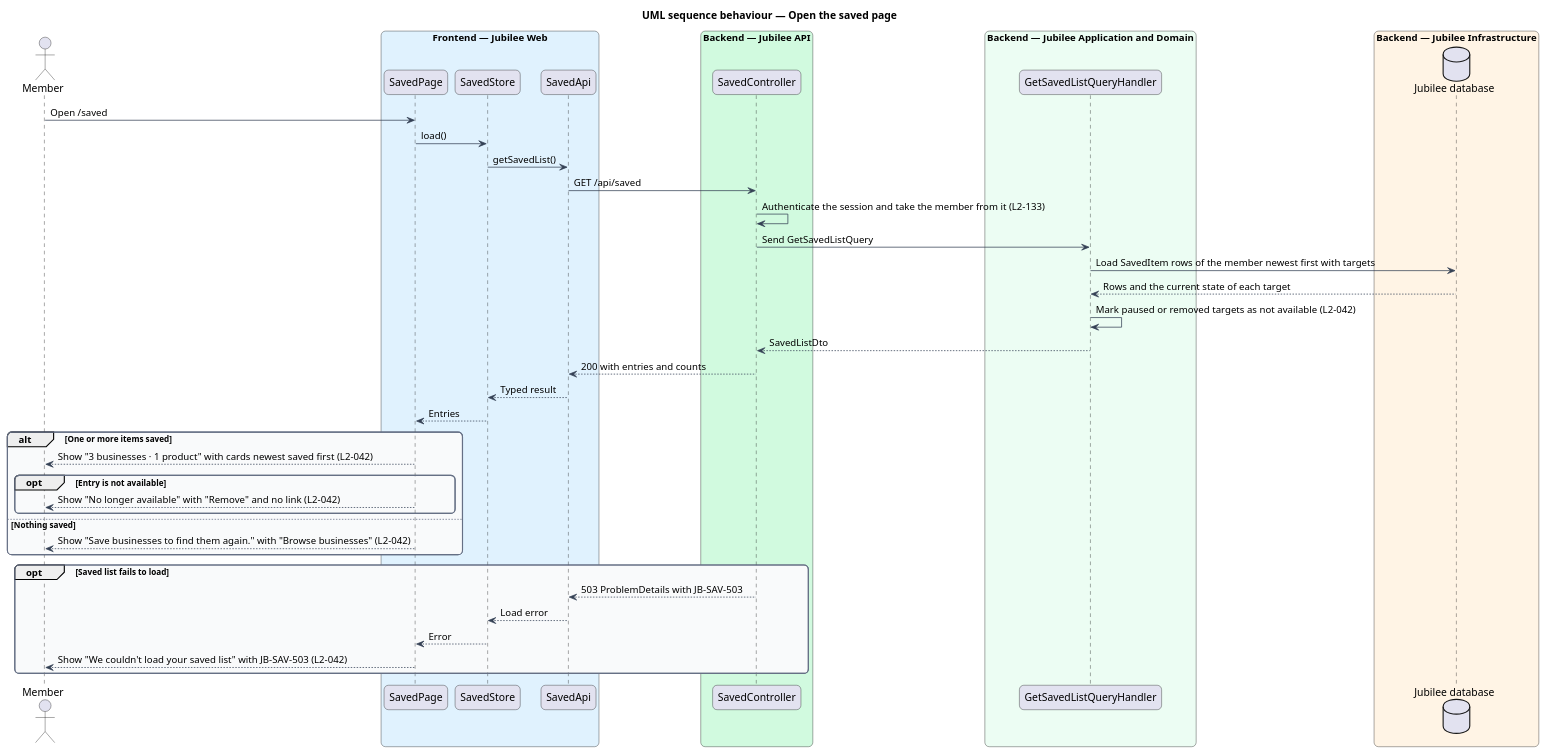
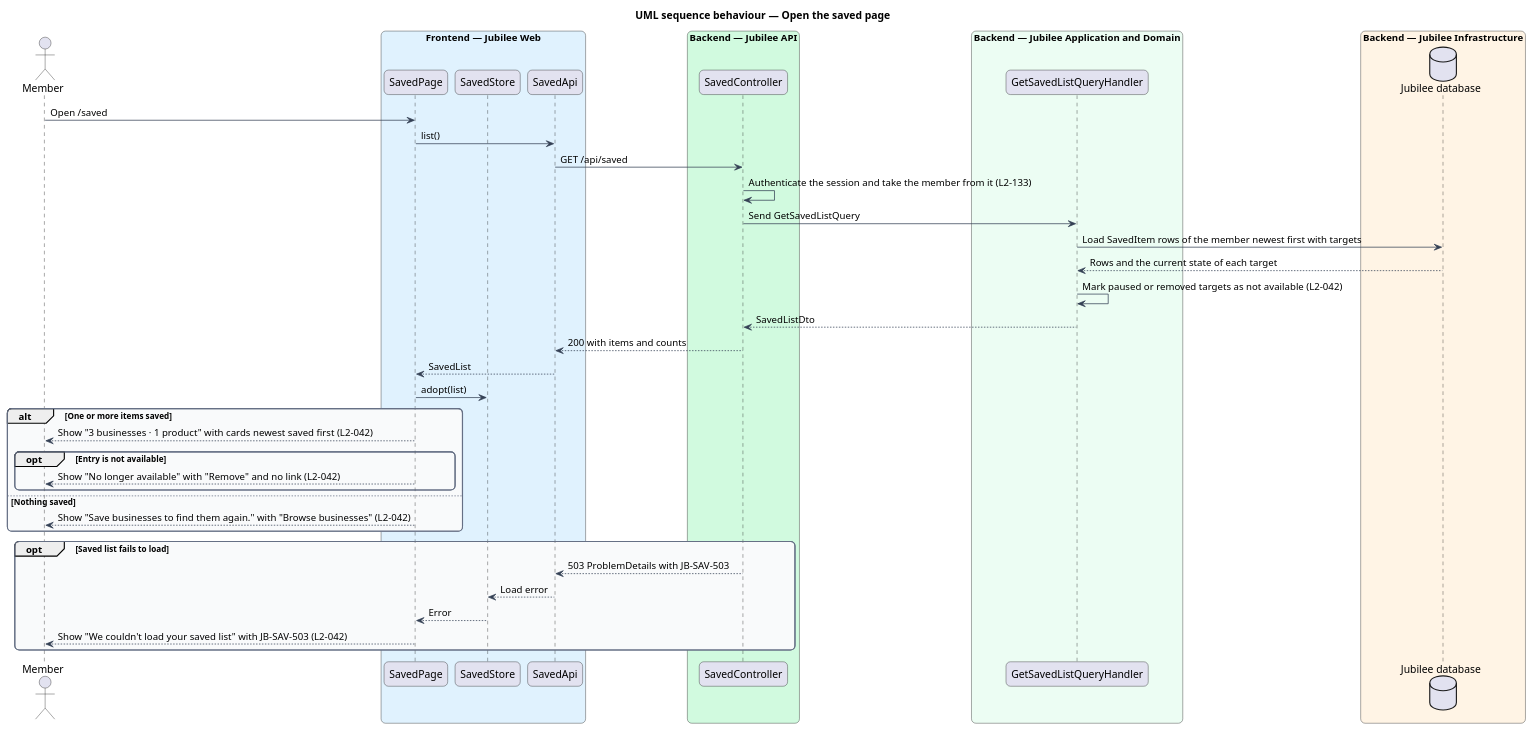
The diagram in docs/detailed-designs/listings/save-listing/diagrams/sequence-open-saved-page.puml (QuinntyneBrown/jubilee), drawn with PlantUML before and after one commit. The commit also changed 14 other files, not shown here.

Commit message:
Requirements and design of finishing journey 19: hearts on cards, a busy heart, a visitor's save on a card and clearing the saved store on sign-out (L2-041 AC7 to AC10, ADR 0054)

```diff
--- a/docs/detailed-designs/listings/save-listing/diagrams/sequence-open-saved-page.puml
+++ b/docs/detailed-designs/listings/save-listing/diagrams/sequence-open-saved-page.puml
@@ -1,59 +1,58 @@
 @startuml
 title UML sequence behaviour — Open the saved page
 skinparam backgroundColor #FFFFFF
 skinparam shadowing false
 skinparam roundcorner 12
 skinparam defaultFontName Arial
 skinparam ArrowColor #344054
 skinparam rectangle {
   BorderColor #344054
   FontColor #101828
 }
 skinparam package {
   BorderColor #667085
   FontColor #101828
   BackgroundColor #F9FAFB
 }
 actor "Member" as actor
 box "Frontend — Jubilee Web" #E0F2FE
   participant "SavedPage" as page
   participant "SavedStore" as store
   participant "SavedApi" as client
 end box
 box "Backend — Jubilee API" #D1FADF
   participant "SavedController" as controller
 end box
 box "Backend — Jubilee Application and Domain" #ECFDF3
   participant "GetSavedListQueryHandler" as handler
 end box
 box "Backend — Jubilee Infrastructure" #FFF4E5
   database "Jubilee database" as db
 end box
 actor -> page : Open /saved
-page -> store : load()
-store -> client : getSavedList()
+page -> client : list()
 client -> controller : GET /api/saved
 controller -> controller : Authenticate the session and take the member from it (L2-133)
 controller -> handler : Send GetSavedListQuery
 handler -> db : Load SavedItem rows of the member newest first with targets
 db --> handler : Rows and the current state of each target
 handler -> handler : Mark paused or removed targets as not available (L2-042)
 handler --> controller : SavedListDto
-controller --> client : 200 with entries and counts
-client --> store : Typed result
-store --> page : Entries
+controller --> client : 200 with items and counts
+client --> page : SavedList
+page -> store : adopt(list)
 alt One or more items saved
   page --> actor : Show "3 businesses · 1 product" with cards newest saved first (L2-042)
   opt Entry is not available
     page --> actor : Show "No longer available" with "Remove" and no link (L2-042)
   end
 else Nothing saved
   page --> actor : Show "Save businesses to find them again." with "Browse businesses" (L2-042)
 end
 opt Saved list fails to load
   controller --> client : 503 ProblemDetails with JB-SAV-503
   client --> store : Load error
   store --> page : Error
   page --> actor : Show "We couldn't load your saved list" with JB-SAV-503 (L2-042)
 end
 @enduml
```
